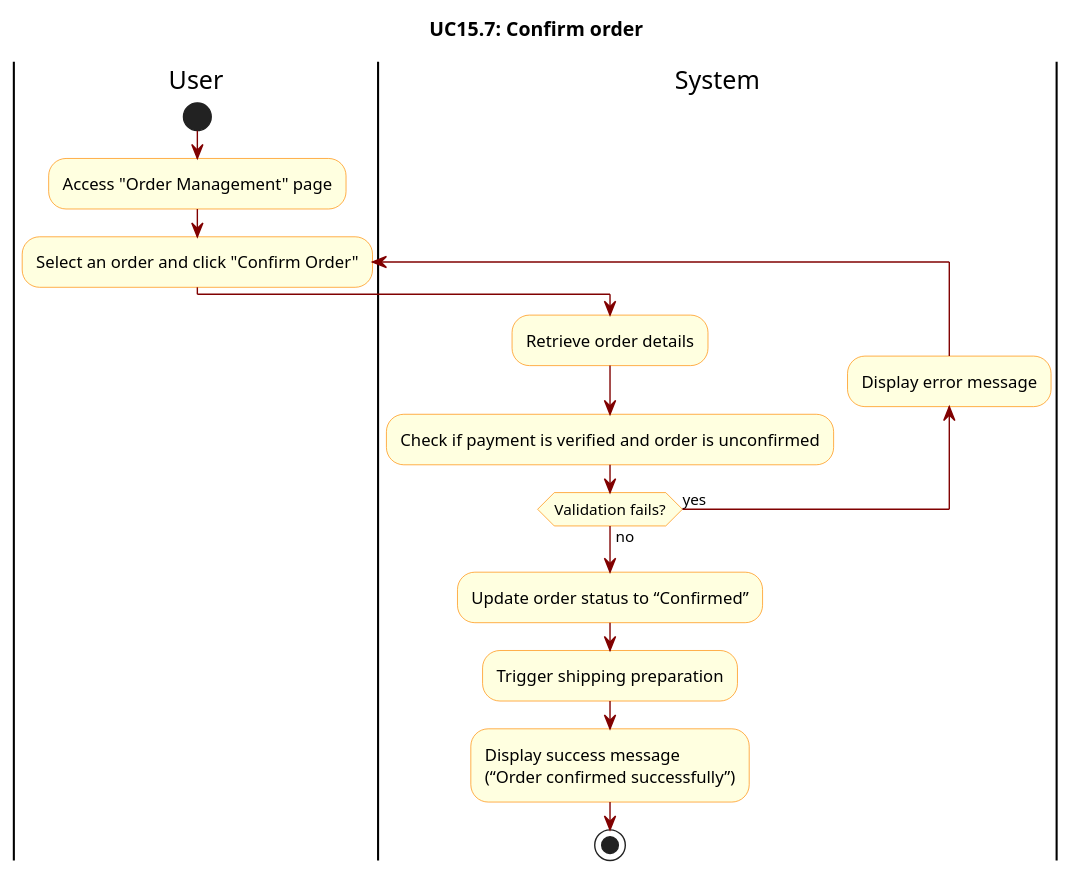
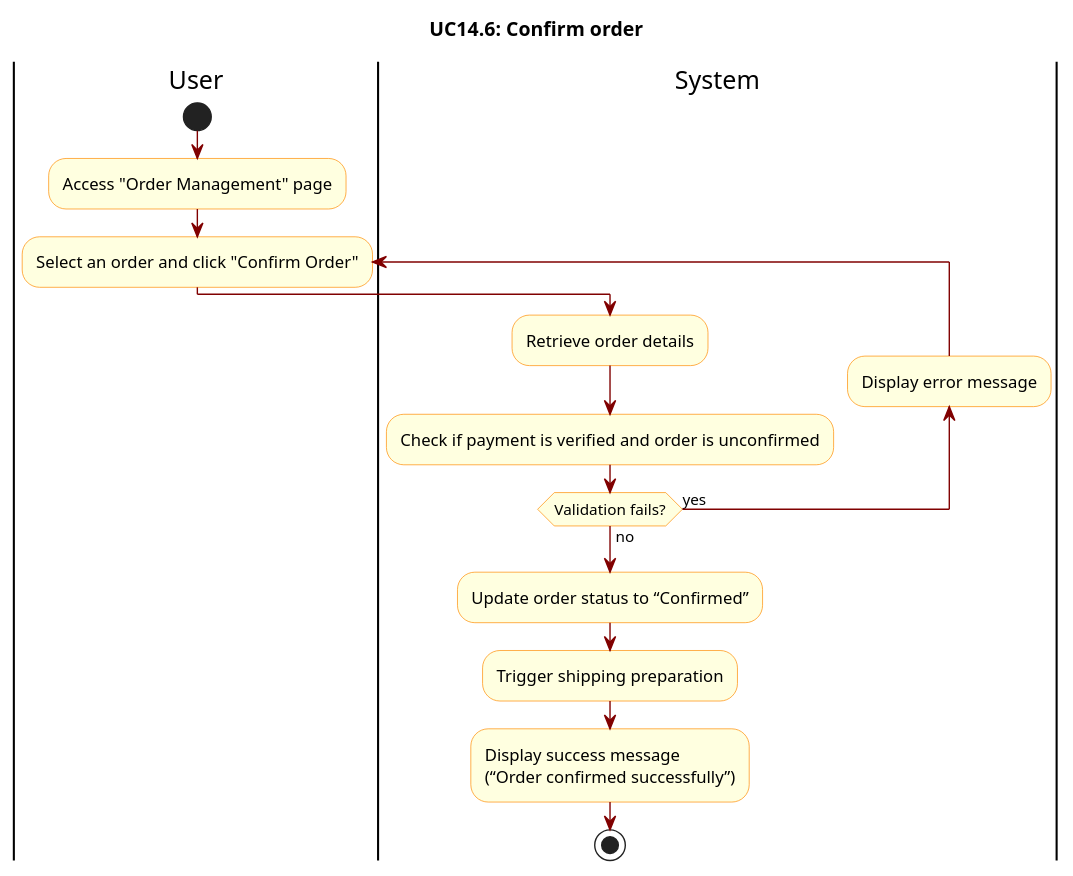
One commit to hiusnguyen201/BE_ClothingShop changed the diagram in docs/activity diagram/UC16.7-ConfirmOrder.wsd. Above: the diagram before and after it, drawn with PlantUML. The commit also changed 90 other files, not shown here.

```diff
--- a/docs/activity diagram/UC16.7-ConfirmOrder.wsd
+++ b/docs/activity diagram/UC16.7-ConfirmOrder.wsd
@@ -1,28 +1,28 @@
 @startuml
 
 skinparam ActivityBackgroundColor LightYellow
 skinparam ActivityBorderColor DarkOrange
 skinparam ArrowColor Maroon
 
-title UC15.7: Confirm order
+title UC14.6: Confirm order
 
 |User|
 start
 :Access "Order Management" page;
 repeat:Select an order and click "Confirm Order";
 
 |System|
 
     :Retrieve order details;
     :Check if payment is verified and order is unconfirmed;
     backward:Display error message;
 repeat while (Validation fails?) is (yes) not (no)
 
 |System|
 :Update order status to “Confirmed”;
 :Trigger shipping preparation;
 :Display success message
 (“Order confirmed successfully”);
 stop
 
 @enduml
```
